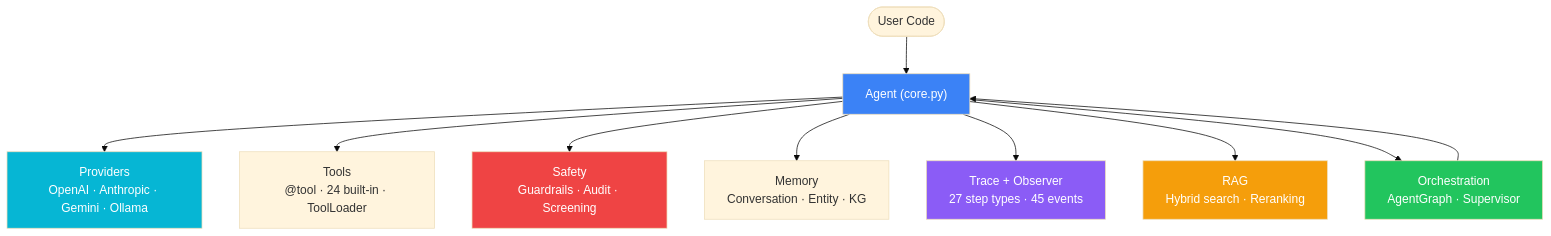
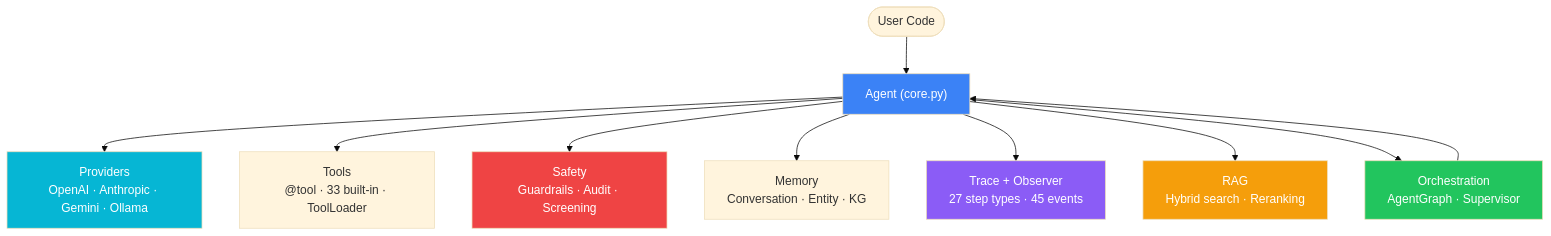
Before and after one commit to johnnichev/selectools: the second of 9 diagrams in docs/ARCHITECTURE.md, drawn with Mermaid (base theme). The commit also changed other lines of this file and 73 other files, not shown here.

````diff
--- a/docs/ARCHITECTURE.md
+++ b/docs/ARCHITECTURE.md
@@ -84,19 +84,19 @@
 ```mermaid
 graph TD
     User([User Code]) --> Agent["Agent (core.py)"]
     Agent --> Providers["Providers\nOpenAI · Anthropic · Gemini · Ollama"]
-    Agent --> Tools["Tools\n@tool · 24 built-in · ToolLoader"]
+    Agent --> Tools["Tools\n@tool · 33 built-in · ToolLoader"]
     Agent --> Safety["Safety\nGuardrails · Audit · Screening"]
     Agent --> Memory["Memory\nConversation · Entity · KG"]
     Agent --> Trace["Trace + Observer\n27 step types · 45 events"]
     Agent --> RAG["RAG\nHybrid search · Reranking"]
     Agent --> Orchestration["Orchestration\nAgentGraph · Supervisor"]
     Orchestration --> Agent
 
     style Agent fill:#3b82f6,color:#fff
     style Providers fill:#06b6d4,color:#fff
     style Safety fill:#ef4444,color:#fff
     style Trace fill:#8b5cf6,color:#fff
     style RAG fill:#f59e0b,color:#fff
     style Orchestration fill:#22c55e,color:#fff
 ```
````
